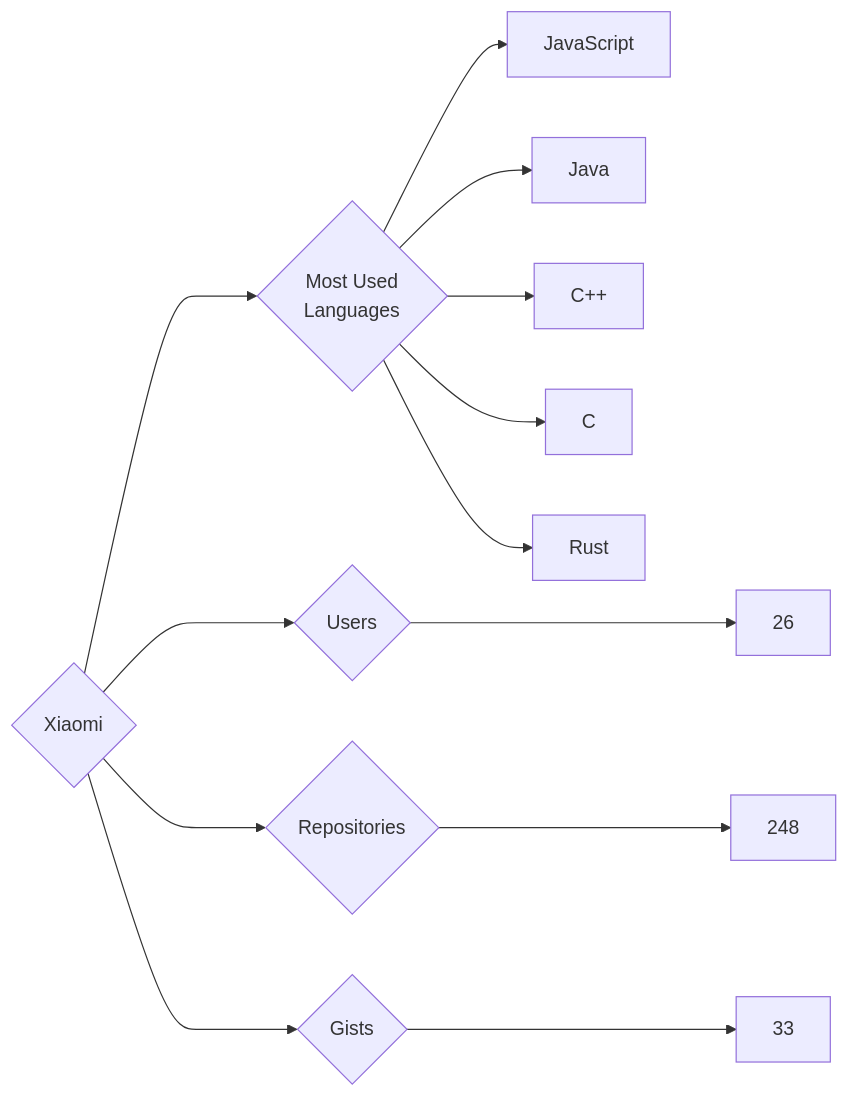
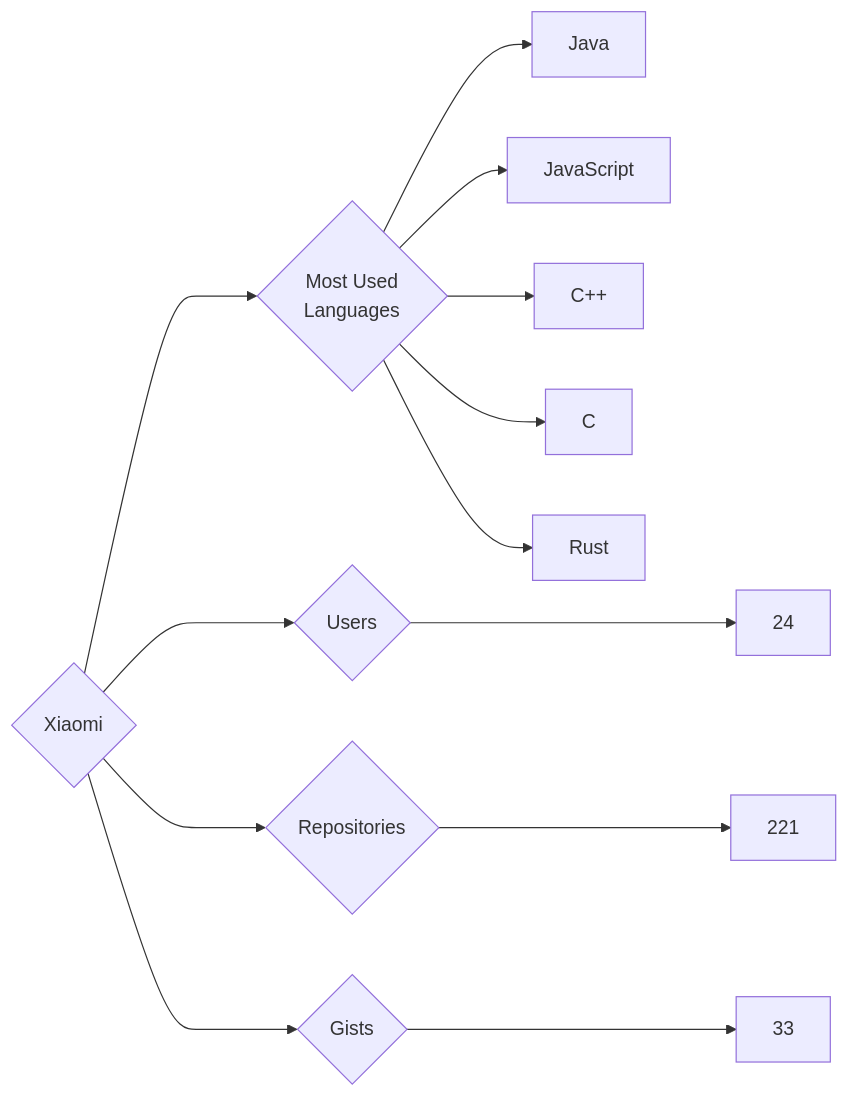
Before and after one commit to trickest/insiders: the diagram in targets/Xiaomi/README.md, drawn with Mermaid. The commit also changed 1389 other files, not shown here.

````diff
--- a/targets/Xiaomi/README.md
+++ b/targets/Xiaomi/README.md
@@ -3,13 +3,13 @@
 ```mermaid
 graph LR
 COMPANY_NAME{Xiaomi}
-COMPANY_NAME ---> U{Users} ---> UN[26]
-COMPANY_NAME ---> R{Repositories} ---> RN[248]
+COMPANY_NAME ---> U{Users} ---> UN[24]
+COMPANY_NAME ---> R{Repositories} ---> RN[221]
 COMPANY_NAME ---> G{Gists} ---> GN[33]
 COMPANY_NAME ---> ML{Most Used<br>Languages}
+ML --> Java[Java]
 ML --> JavaScript[JavaScript]
-ML --> Java[Java]
 ML --> C++[C++]
 ML --> C[C]
 ML --> Rust[Rust]
 ```
````
